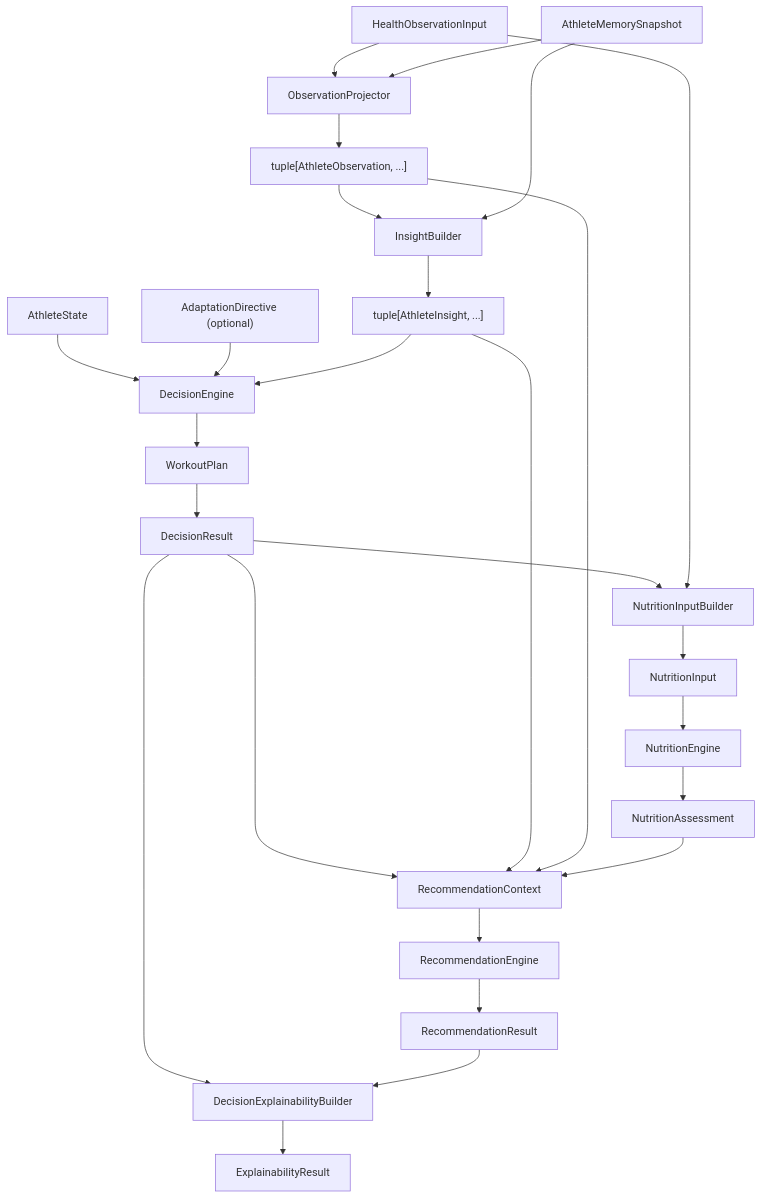
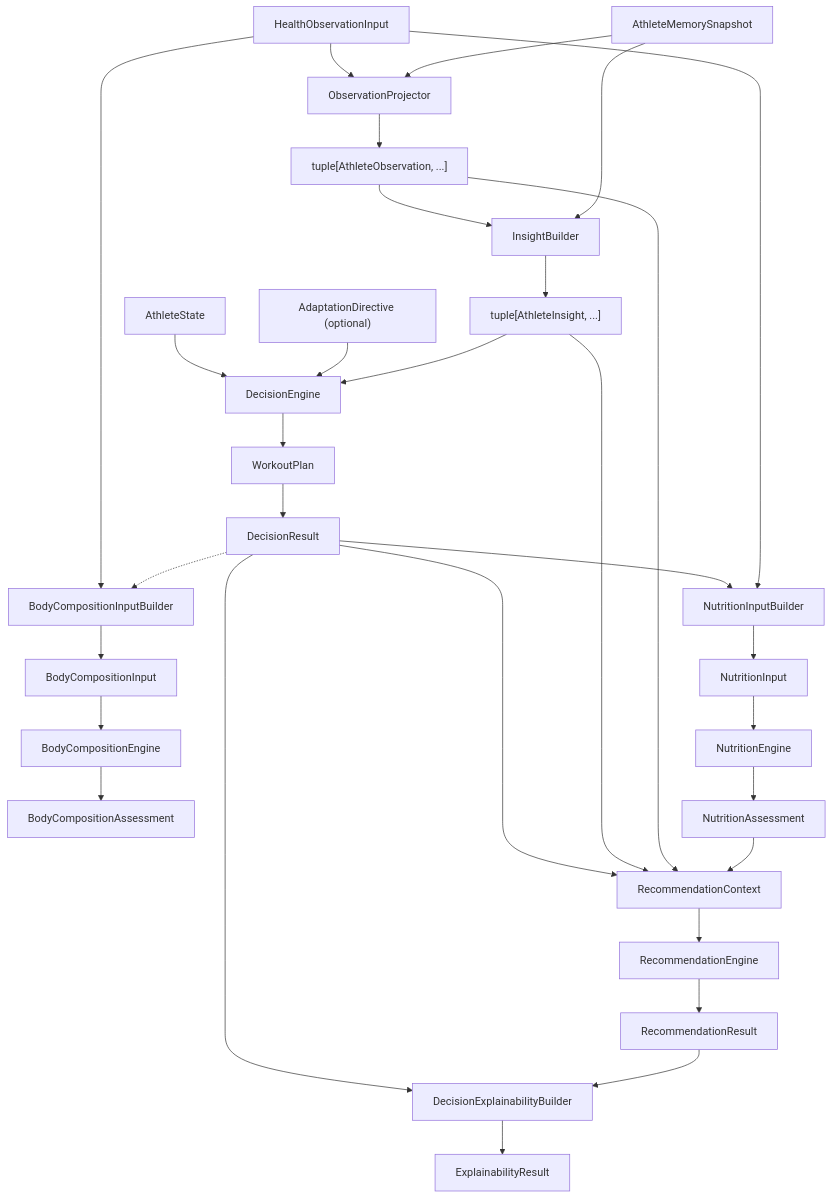
One commit to tdg4dftypb-coder/athlete-platform changed the fourth of 12 diagrams in docs/engineering/02-architecture.md. Above: the diagram before and after it, drawn with Mermaid. The commit also changed other lines of this file and 12 other files, not shown here.

Commit message:
Integrate body composition with intelligence workflow

````diff
--- a/docs/engineering/02-architecture.md
+++ b/docs/engineering/02-architecture.md
@@ -321,37 +324,43 @@
 ```mermaid
 flowchart TD
     HI["HealthObservationInput"]
     MS["AthleteMemorySnapshot"]
     AS["AthleteState"]
     AD["AdaptationDirective (optional)"]
 
     HI --> OP["ObservationProjector"]
     MS --> OP
     OP --> OBS["tuple[AthleteObservation, ...]"]
     OBS --> IB["InsightBuilder"]
     MS --> IB
     IB --> INS["tuple[AthleteInsight, ...]"]
 
     AS --> DE["DecisionEngine"]
     AD --> DE
     INS --> DE
     DE --> WP["WorkoutPlan"]
     WP --> DR["DecisionResult"]
 
+    HI --> BCI["BodyCompositionInputBuilder"]
+    DR -.-> BCI
+    BCI --> BCIN["BodyCompositionInput"]
+    BCIN --> BCE["BodyCompositionEngine"]
+    BCE --> BCA["BodyCompositionAssessment"]
+
     DR --> NI["NutritionInputBuilder"]
     HI --> NI
     NI --> NIN["NutritionInput"]
     NIN --> NE["NutritionEngine"]
     NE --> NA["NutritionAssessment"]
 
     DR --> RC["RecommendationContext"]
     INS --> RC
     OBS --> RC
     NA --> RC
     RC --> RE["RecommendationEngine"]
     RE --> RRES["RecommendationResult"]
 
     DR --> EX["DecisionExplainabilityBuilder"]
     RRES --> EX
     EX --> ERES["ExplainabilityResult"]
 ```
````
